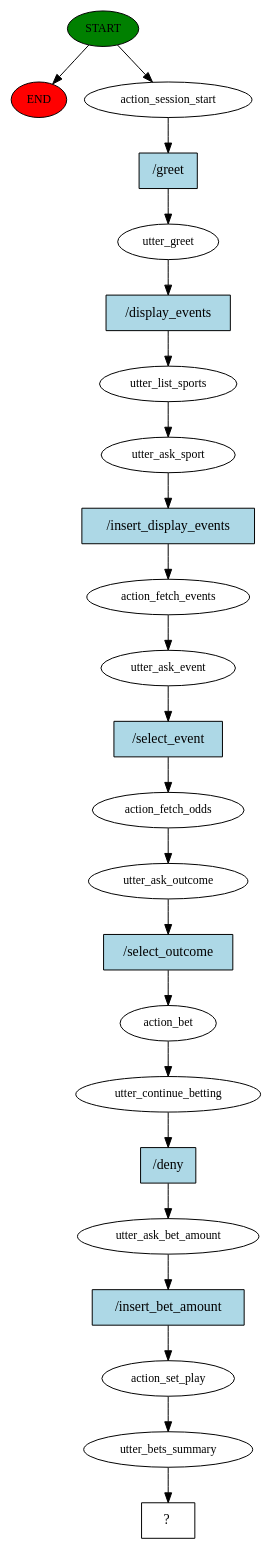
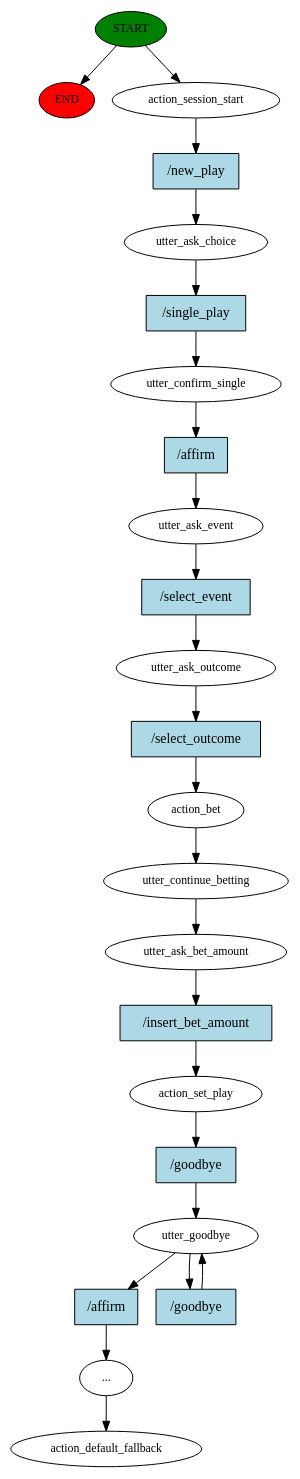
One commit to MarcoCarraro-1/BetBot changed the diagram in story_graph.dot. Above: the diagram before and after it, drawn with Graphviz. The commit also changed 15 other files, not shown here.

Commit message:
fixed single_play and multiple_play

```diff
--- a/story_graph.dot
+++ b/story_graph.dot
@@ -1,47 +1,48 @@
 digraph  {
 0 [class="start active", fillcolor=green, fontsize=12, label=START, style=filled];
 "-1" [class=end, fillcolor=red, fontsize=12, label=END, style=filled];
 1 [class=active, fontsize=12, label=action_session_start];
-2 [class=active, fontsize=12, label=utter_greet];
-3 [class=active, fontsize=12, label=utter_list_sports];
-4 [class=active, fontsize=12, label=utter_ask_sport];
-5 [class=active, fontsize=12, label=action_fetch_events];
-6 [class=active, fontsize=12, label=utter_ask_event];
-7 [class=active, fontsize=12, label=action_fetch_odds];
-8 [class=active, fontsize=12, label=utter_ask_outcome];
-9 [class=active, fontsize=12, label=action_bet];
-10 [class=active, fontsize=12, label=utter_continue_betting];
-11 [class=active, fontsize=12, label=utter_ask_bet_amount];
-12 [class=active, fontsize=12, label=action_set_play];
-13 [class=active, fontsize=12, label=utter_bets_summary];
-14 [class="intent dashed active", label="  ?  ", shape=rect];
-15 [class="intent active", fillcolor=lightblue, label="/greet", shape=rect, style=filled];
-16 [class="intent active", fillcolor=lightblue, label="/display_events", shape=rect, style=filled];
-17 [class="intent active", fillcolor=lightblue, label="/insert_display_events", shape=rect, style=filled];
-18 [class="intent active", fillcolor=lightblue, label="/select_event", shape=rect, style=filled];
-19 [class="intent active", fillcolor=lightblue, label="/select_outcome", shape=rect, style=filled];
-20 [class="intent active", fillcolor=lightblue, label="/deny", shape=rect, style=filled];
-21 [class="intent active", fillcolor=lightblue, label="/insert_bet_amount", shape=rect, style=filled];
+2 [class=active, fontsize=12, label=utter_ask_choice];
+3 [class=active, fontsize=12, label=utter_confirm_single];
+4 [class=active, fontsize=12, label=utter_ask_event];
+5 [class=active, fontsize=12, label=utter_ask_outcome];
+6 [class=active, fontsize=12, label=action_bet];
+7 [class=active, fontsize=12, label=utter_continue_betting];
+8 [class=active, fontsize=12, label=utter_ask_bet_amount];
+9 [class=active, fontsize=12, label=action_set_play];
+10 [class=active, fontsize=12, label=utter_goodbye];
+12 [class=active, fontsize=12, label="..."];
+13 [class="dashed active", fontsize=12, label=action_default_fallback];
+14 [class="intent active", fillcolor=lightblue, label="/new_play", shape=rect, style=filled];
+15 [class="intent active", fillcolor=lightblue, label="/single_play", shape=rect, style=filled];
+16 [class="intent active", fillcolor=lightblue, label="/affirm", shape=rect, style=filled];
+17 [class="intent active", fillcolor=lightblue, label="/select_event", shape=rect, style=filled];
+18 [class="intent active", fillcolor=lightblue, label="/select_outcome", shape=rect, style=filled];
+19 [class="intent active", fillcolor=lightblue, label="/insert_bet_amount", shape=rect, style=filled];
+20 [class="intent active", fillcolor=lightblue, label="/goodbye", shape=rect, style=filled];
+21 [class="intent active", fillcolor=lightblue, label="/affirm", shape=rect, style=filled];
+22 [class="intent active", fillcolor=lightblue, label="/goodbye", shape=rect, style=filled];
 0 -> "-1"  [class="", key=NONE, label=""];
 0 -> 1  [class=active, key=NONE, label=""];
-1 -> 15  [class=active, key=0];
-2 -> 16  [class=active, key=0];
-3 -> 4  [class=active, key=NONE, label=""];
+1 -> 14  [class=active, key=0];
+2 -> 15  [class=active, key=0];
+3 -> 16  [class=active, key=0];
 4 -> 17  [class=active, key=0];
-5 -> 6  [class=active, key=NONE, label=""];
-6 -> 18  [class=active, key=0];
+5 -> 18  [class=active, key=0];
+6 -> 7  [class=active, key=NONE, label=""];
 7 -> 8  [class=active, key=NONE, label=""];
 8 -> 19  [class=active, key=0];
-9 -> 10  [class=active, key=NONE, label=""];
-10 -> 20  [class=active, key=0];
-11 -> 21  [class=active, key=0];
+9 -> 20  [class=active, key=0];
+10 -> 21  [class=active, key=0];
+10 -> 22  [class=active, key=0];
 12 -> 13  [class=active, key=NONE, label=""];
-13 -> 14  [class=active, key=NONE, label=""];
-15 -> 2  [class=active, key=0];
-16 -> 3  [class=active, key=0];
+14 -> 2  [class=active, key=0];
+15 -> 3  [class=active, key=0];
+16 -> 4  [class=active, key=0];
 17 -> 5  [class=active, key=0];
-18 -> 7  [class=active, key=0];
+18 -> 6  [class=active, key=0];
 19 -> 9  [class=active, key=0];
-20 -> 11  [class=active, key=0];
+20 -> 10  [class=active, key=0];
 21 -> 12  [class=active, key=0];
+22 -> 10  [class=active, key=0];
 }
```
